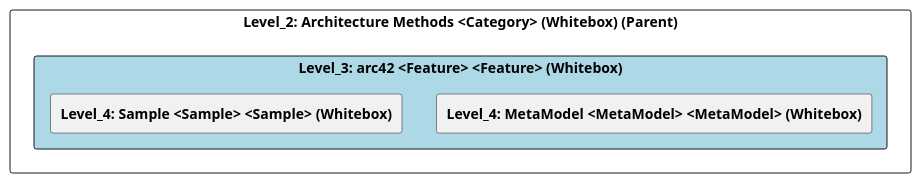
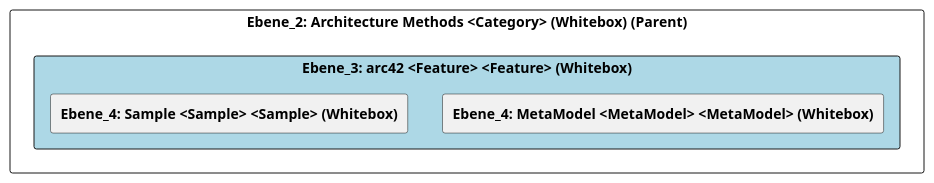
One commit to marcozwyssig/cleon changed the diagram in doc/cleonproject_deliverables_architecture_model_architecture/adoc/de/05_bausteinsicht/cleon/architecture_methods/arc42/ebene_3_arc42.adoc. Above: the diagram before and after it, drawn with PlantUML. The commit also changed other lines of this file and 258 other files, not shown here.

```diff
--- a/doc/cleonproject_deliverables_architecture_model_architecture/adoc/de/05_bausteinsicht/cleon/architecture_methods/arc42/ebene_3_arc42.adoc
+++ b/doc/cleonproject_deliverables_architecture_model_architecture/adoc/de/05_bausteinsicht/cleon/architecture_methods/arc42/ebene_3_arc42.adoc
@@ -24,25 +24,25 @@
-[plantuml, Level_3: arc42 <Feature> <Feature> (Whitebox)BlockOverview, format="svg"]
+[plantuml, Ebene_3: arc42 <Feature> <Feature> (Whitebox)BlockOverview, format="svg"]
 ----
-@startuml Level_3: arc42 <Feature> <Feature> (Whitebox)BuildingBlockOverview
+@startuml Ebene_3: arc42 <Feature> <Feature> (Whitebox)BuildingBlockOverview
 
 skinparam ranksep 10
 skinparam componentStyle rectangle
 skinparam shadowing false
 skinparam arrowColor lightblue
 skinparam arrowThickness 1.2
 skinparam rectangle {
   BackgroundColor White
   BorderColor #333
   RoundCorner 10
 }
 top to bottom direction
 
-component "Level_2: Architecture Methods <Category> (Whitebox) (Parent)" {
-    component "Level_3: arc42 <Feature> <Feature> (Whitebox)" #lightblue {
-        [**Level_4: MetaModel <MetaModel> <MetaModel> (Whitebox)**] as 4A57056E_D579_11EE_903E_9F564E4DE07E
-        [**Level_4: Sample <Sample> <Sample> (Whitebox)**] as 4A56DE47_D579_11EE_903E_9F564E4DE07E
+component "Ebene_2: Architecture Methods <Category> (Whitebox) (Parent)" {
+    component "Ebene_3: arc42 <Feature> <Feature> (Whitebox)" #lightblue {
+        [**Ebene_4: MetaModel <MetaModel> <MetaModel> (Whitebox)**] as 4A57056E_D579_11EE_903E_9F564E4DE07E
+        [**Ebene_4: Sample <Sample> <Sample> (Whitebox)**] as 4A56DE47_D579_11EE_903E_9F564E4DE07E
     }
 }
 
 @enduml
 ----
```
